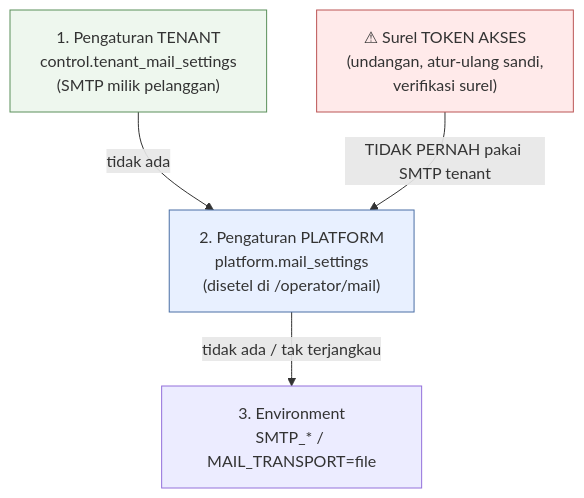
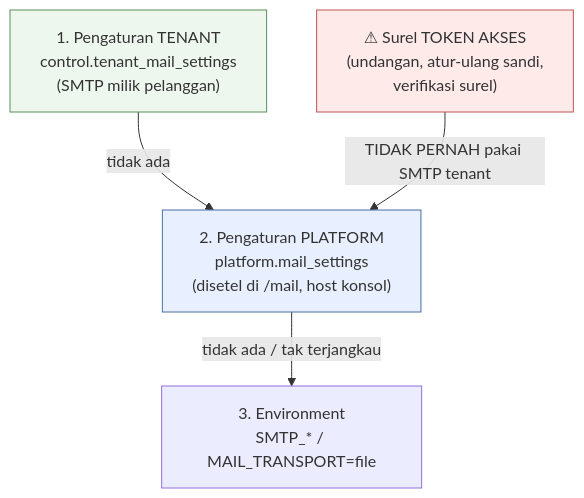
The second of 4 diagrams in docs/arsitektur/04-DEPENDENSI-INTEGRASI.md (tri-evendi/sai-accounting), drawn with Mermaid before and after one commit. The commit also changed other lines of this file and 43 other files, not shown here.

````diff
--- a/docs/arsitektur/04-DEPENDENSI-INTEGRASI.md
+++ b/docs/arsitektur/04-DEPENDENSI-INTEGRASI.md
@@ -81,15 +80,15 @@
 ```mermaid
 graph TD
     A["1. Pengaturan TENANT<br/>control.tenant_mail_settings<br/>(SMTP milik pelanggan)"]
-    B["2. Pengaturan PLATFORM<br/>platform.mail_settings<br/>(disetel di /operator/mail)"]
+    B["2. Pengaturan PLATFORM<br/>platform.mail_settings<br/>(disetel di /mail, host konsol)"]
     C["3. Environment<br/>SMTP_* / MAIL_TRANSPORT=file"]
 
     A -->|tidak ada| B -->|tidak ada / tak terjangkau| C
 
     X["⚠ Surel TOKEN AKSES<br/>(undangan, atur-ulang sandi,<br/>verifikasi surel)"]
     X -->|"TIDAK PERNAH pakai SMTP tenant"| B
 
     style A fill:#eef7ee,stroke:#5a8f5a
     style B fill:#e8f0ff,stroke:#4a6fa5
     style X fill:#ffeaea,stroke:#b55
 ```
````
